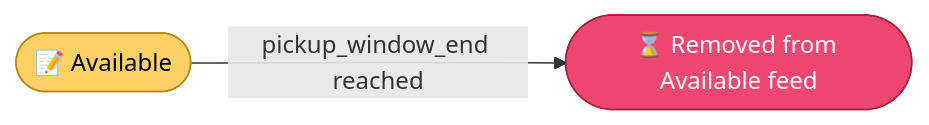
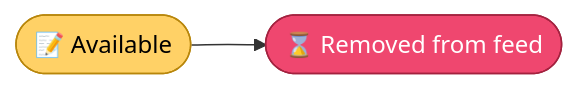
Before and after one commit to still-trying/food-rescue: the third of 7 diagrams in README.md, drawn with Mermaid. The commit also changed other lines of this file, not shown here.

````diff
--- a/README.md
+++ b/README.md
@@ -153,7 +157,7 @@
 ```mermaid
 flowchart LR
-    A(["📝 Available"]) -->|pickup_window_end reached| B(["⌛ Removed from Available feed"])
+    A(["📝 Available"]) --> B(["⌛ Removed from feed"])
 
     style A fill:#FFD166,stroke:#b8860b,color:#000000
     style B fill:#EF476F,stroke:#a3223f,color:#ffffff
 ```
````
